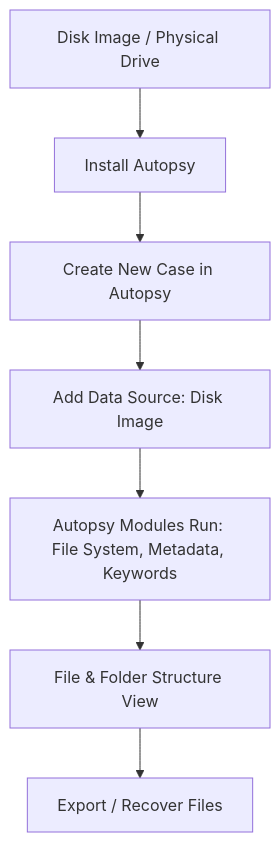
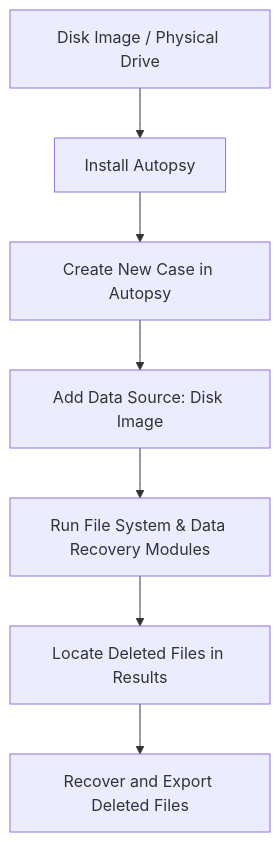
One commit to mahasri06/FILE-RECOVERY-USING-AUTOPSY-SOFTWARE changed the diagram in README.md. Above: the diagram before and after it, drawn with Mermaid. The commit also changed other lines of this file, not shown here.

````diff
--- a/README.md
+++ b/README.md
@@ -14,9 +16,9 @@
 ```mermaid
 flowchart TD
     A[Disk Image / Physical Drive] --> B[Install Autopsy]
     B --> C[Create New Case in Autopsy]
     C --> D[Add Data Source: Disk Image]
-    D --> E["Autopsy Modules Run: File System, Metadata, Keywords"]
-    E --> F[File & Folder Structure View]
-    F --> G[Export / Recover Files]
+    D --> E["Run File System & Data Recovery Modules"]
+    E --> F[Locate Deleted Files in Results]
+    F --> G[Recover and Export Deleted Files]
 ```
````
